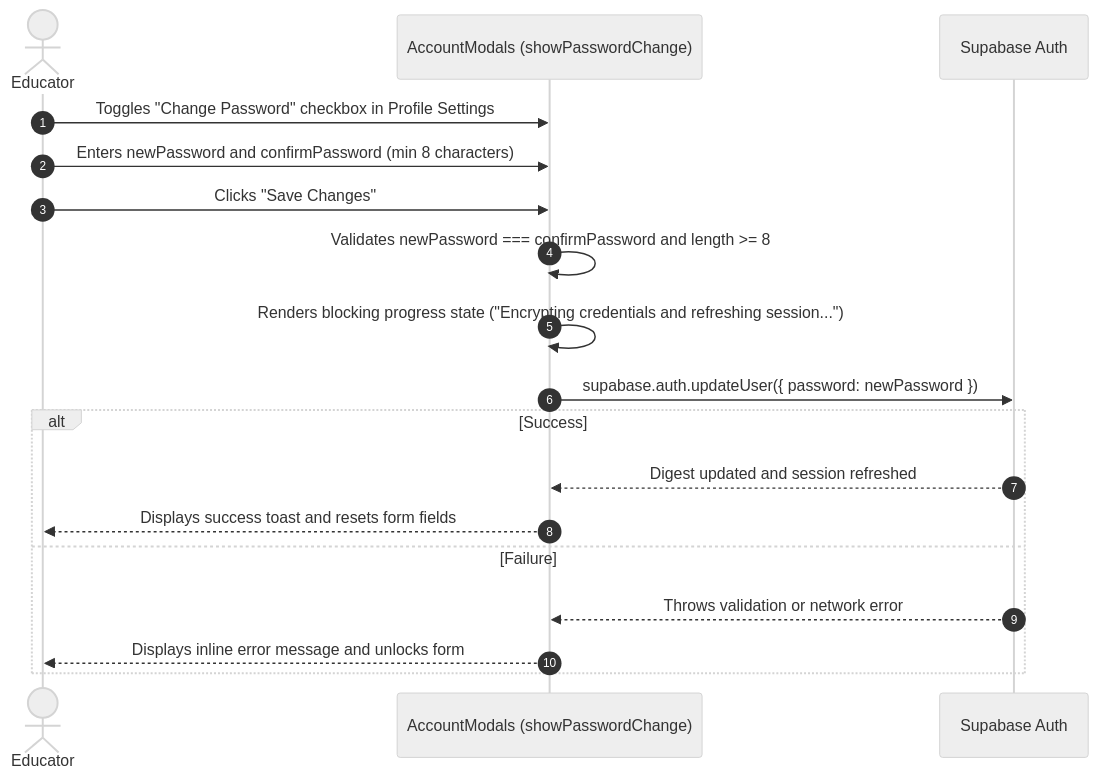
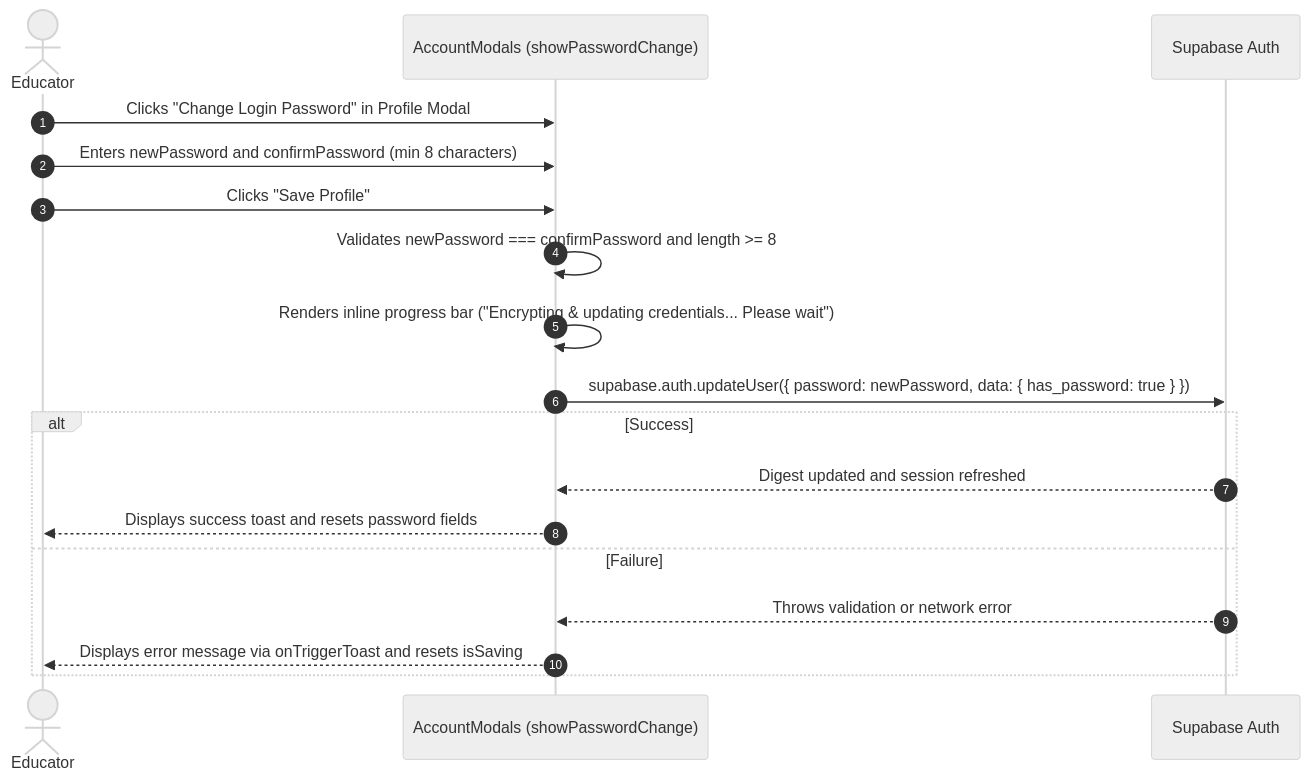
One commit to VictorBravo9er/Teacher-Assistant-Workspace changed the second of 3 diagrams in docs/systems/workflows/account_management_workflows.md. Above: the diagram before and after it, drawn with Mermaid (neutral theme). The commit also changed other lines of this file and 43 other files, not shown here.

````diff
--- a/docs/systems/workflows/account_management_workflows.md
+++ b/docs/systems/workflows/account_management_workflows.md
@@ -39,21 +39,21 @@
 ```mermaid
 sequenceDiagram
     autonumber
     actor Teacher as Educator
     participant UI as AccountModals (showPasswordChange)
     participant Supa as Supabase Auth
 
-    Teacher->>UI: Toggles "Change Password" checkbox in Profile Settings
+    Teacher->>UI: Clicks "Change Login Password" in Profile Modal
     Teacher->>UI: Enters newPassword and confirmPassword (min 8 characters)
-    Teacher->>UI: Clicks "Save Changes"
+    Teacher->>UI: Clicks "Save Profile"
     UI->>UI: Validates newPassword === confirmPassword and length >= 8
-    UI->>UI: Renders blocking progress state ("Encrypting credentials and refreshing session...")
-    UI->>Supa: supabase.auth.updateUser({ password: newPassword })
+    UI->>UI: Renders inline progress bar ("Encrypting & updating credentials... Please wait")
+    UI->>Supa: supabase.auth.updateUser({ password: newPassword, data: { has_password: true } })
     alt Success
         Supa-->>UI: Digest updated and session refreshed
-        UI-->>Teacher: Displays success toast and resets form fields
+        UI-->>Teacher: Displays success toast and resets password fields
     else Failure
         Supa-->>UI: Throws validation or network error
-        UI-->>Teacher: Displays inline error message and unlocks form
+        UI-->>Teacher: Displays error message via onTriggerToast and resets isSaving
     end
 ```
````
